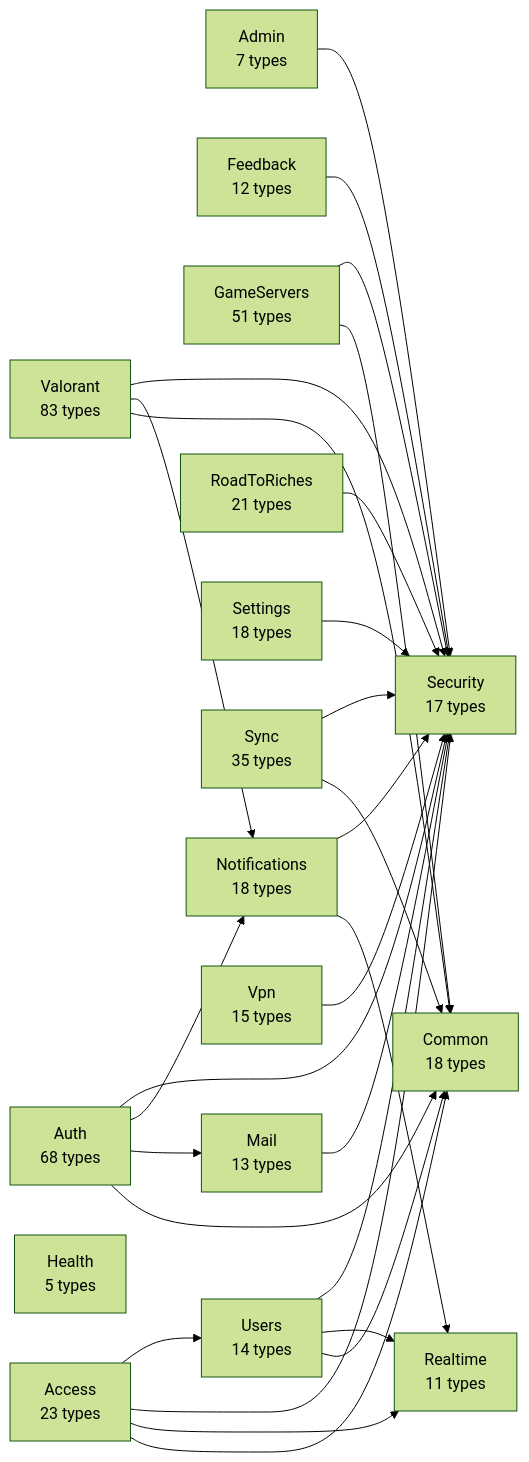
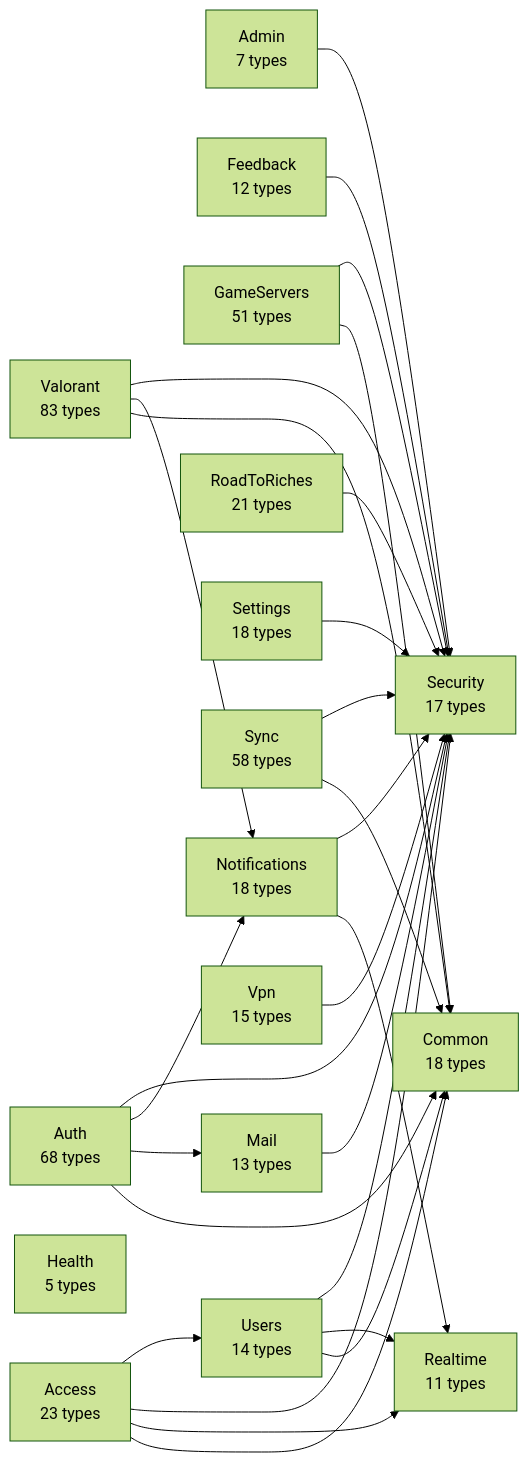
The diagram in api/docs/diagrams/00-modules.md (huiitre/Tools-app), drawn with Mermaid (forest theme) before and after one commit. The commit also changed 22 other files, not shown here.

````diff
--- a/api/docs/diagrams/00-modules.md
+++ b/api/docs/diagrams/00-modules.md
@@ -5,46 +5,46 @@
 ```mermaid
 flowchart LR
   Access["Access<br/>23 types"]
   Admin["Admin<br/>7 types"]
   Auth["Auth<br/>68 types"]
   Common["Common<br/>18 types"]
   Feedback["Feedback<br/>12 types"]
   GameServers["GameServers<br/>51 types"]
   Health["Health<br/>5 types"]
   Mail["Mail<br/>13 types"]
   Notifications["Notifications<br/>18 types"]
   Realtime["Realtime<br/>11 types"]
   RoadToRiches["RoadToRiches<br/>21 types"]
   Security["Security<br/>17 types"]
   Settings["Settings<br/>18 types"]
-  Sync["Sync<br/>35 types"]
+  Sync["Sync<br/>58 types"]
   Users["Users<br/>14 types"]
   Valorant["Valorant<br/>83 types"]
   Vpn["Vpn<br/>15 types"]
   Access --> Common
   Access --> Realtime
   Access --> Security
   Access --> Users
   Admin --> Security
   Auth --> Common
   Auth --> Mail
   Auth --> Notifications
   Auth --> Security
   Feedback --> Security
   GameServers --> Common
   GameServers --> Security
   Mail --> Security
   Notifications --> Realtime
   Notifications --> Security
   RoadToRiches --> Security
   Settings --> Security
   Sync --> Common
   Sync --> Security
   Users --> Common
   Users --> Realtime
   Users --> Security
   Valorant --> Common
   Valorant --> Notifications
   Valorant --> Security
   Vpn --> Security
 ```
````
